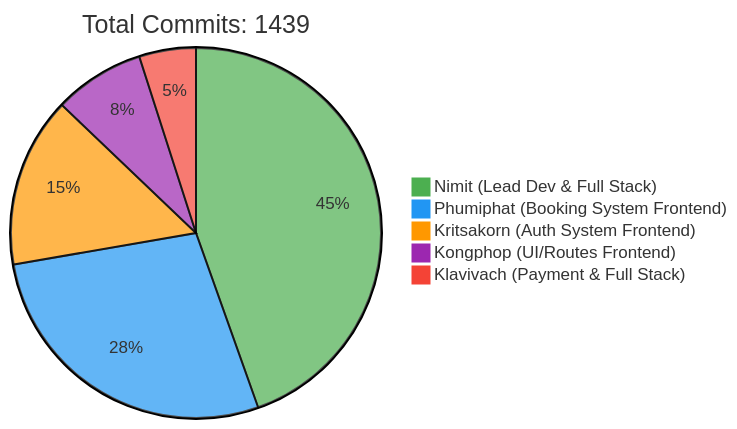
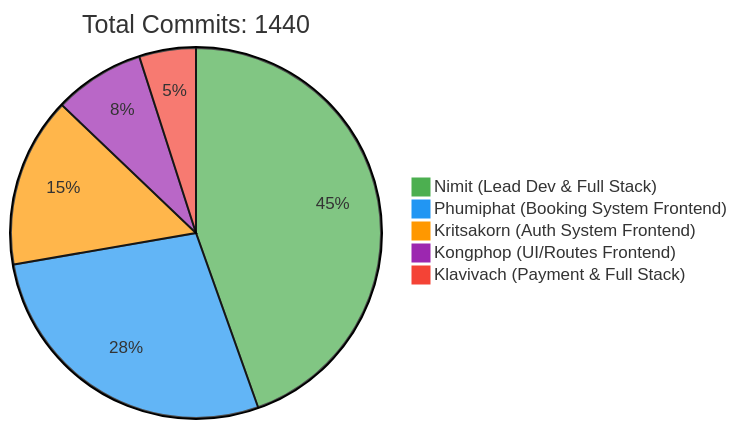
One commit to 6531503042/Sport-Complex changed the first of 2 diagrams in README.md. Above: the diagram before and after it, drawn with Mermaid. The commit also changed other lines of this file, not shown here.

Commit message:
docs: Update contributor statistics [skip ci]

````diff
--- a/README.md
+++ b/README.md
@@ -257,10 +257,10 @@
 ```mermaid
 %%{init: {'theme': 'base', 'themeVariables': { 'pie1': '#4CAF50', 'pie2': '#2196F3', 'pie3': '#FF9800', 'pie4': '#9C27B0', 'pie5': '#F44336'}}}%%
 pie
-    title Total Commits: 1439
+    title Total Commits: 1440
     "Nimit (Lead Dev & Full Stack)" : 450
     "Phumiphat (Booking System Frontend)" : 280
     "Kritsakorn (Auth System Frontend)" : 150
     "Kongphop (UI/Routes Frontend)" : 80
     "Klavivach (Payment & Full Stack)" : 50
 ```
````
